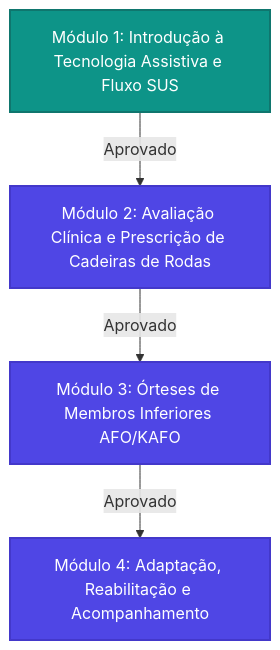
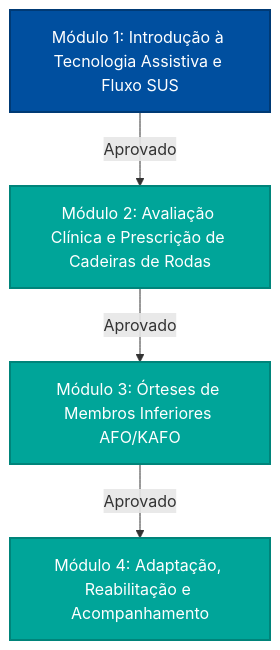
The diagram in sugestoes_hackathon.md (josuejofre/Hackathon-SUS-Unifesp), drawn with Mermaid before and after one commit.

````diff
--- a/sugestoes_hackathon.md
+++ b/sugestoes_hackathon.md
@@ -68,11 +68,11 @@
 ```mermaid
 graph TD
-    M1[Módulo 1: Introdução à Tecnologia Assistiva e Fluxo SUS] -->|Aprovado| M2[Módulo 2: Avaliação Clínica e Prescrição de Cadeiras de Rodas]
-    M2 -->|Aprovado| M3[Módulo 3: Órteses de Membros Inferiores AFO/KAFO]
-    M3 -->|Aprovado| M4[Módulo 4: Adaptação, Reabilitação e Acompanhamento]
+    M1["Módulo 1: Introdução à Tecnologia Assistiva e Fluxo SUS"] -->|Aprovado| M2["Módulo 2: Avaliação Clínica e Prescrição de Cadeiras de Rodas"]
+    M2 -->|Aprovado| M3["Módulo 3: Órteses de Membros Inferiores AFO/KAFO"]
+    M3 -->|Aprovado| M4["Módulo 4: Adaptação, Reabilitação e Acompanhamento"]
     
-    style M1 fill:#0d9488,stroke:#0f766e,stroke-width:2px,color:#fff
-    style M2 fill:#4f46e5,stroke:#4338ca,stroke-width:2px,color:#fff
-    style M3 fill:#4f46e5,stroke:#4338ca,stroke-width:2px,color:#fff
-    style M4 fill:#4f46e5,stroke:#4338ca,stroke-width:2px,color:#fff
+    style M1 fill:#004f9f,stroke:#003a75,stroke-width:2px,color:#fff
+    style M2 fill:#00a599,stroke:#00847a,stroke-width:2px,color:#fff
+    style M3 fill:#00a599,stroke:#00847a,stroke-width:2px,color:#fff
+    style M4 fill:#00a599,stroke:#00847a,stroke-width:2px,color:#fff
 ```
````
